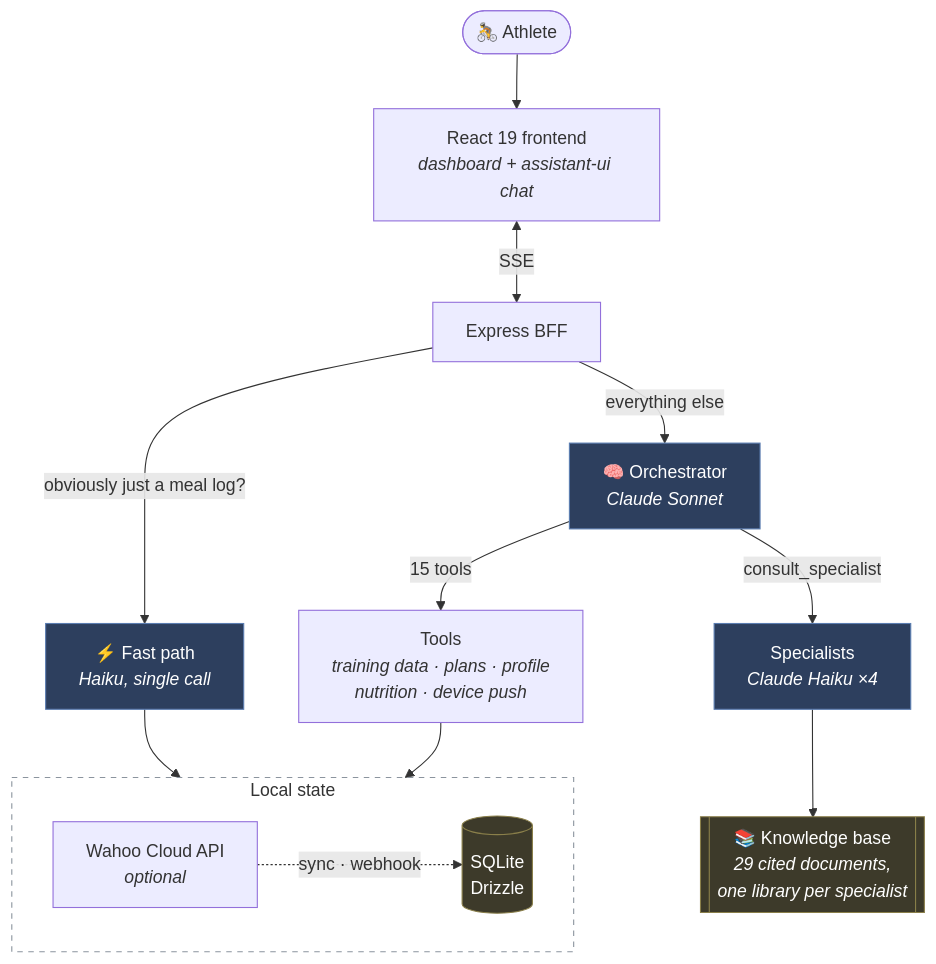
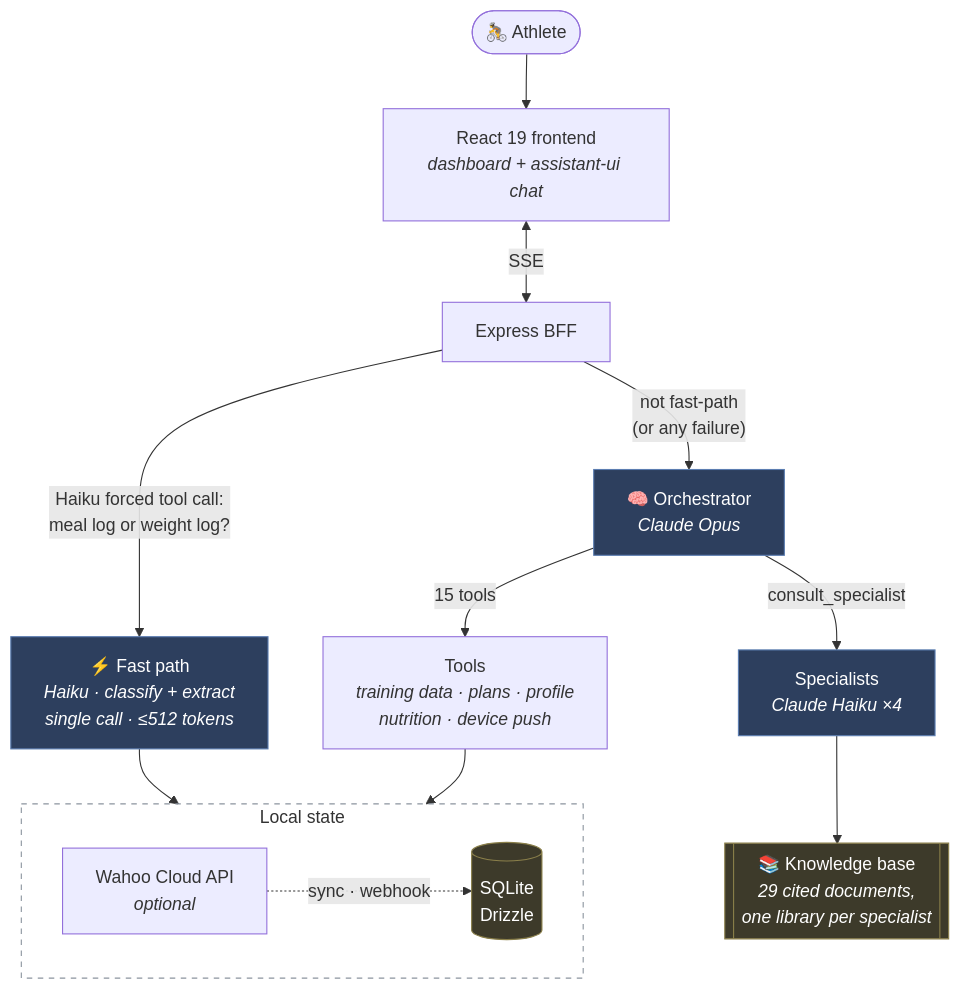
One commit to almadaocta/rumble changed the first of 2 diagrams in README.md. Above: the diagram before and after it, drawn with Mermaid. The commit also changed other lines of this file, not shown here.

Commit message:
docs: update README to reflect weight fast-path

````diff
--- a/README.md
+++ b/README.md
@@ -38,28 +40,28 @@
 ```mermaid
 flowchart TD
     User(["🚴 Athlete"]) --> FE["React 19 frontend<br/><i>dashboard + assistant-ui chat</i>"]
     FE <-->|SSE| BFF["Express BFF"]
 
-    BFF -->|"obviously just a meal log?"| FastPath["⚡ Fast path<br/><i>Haiku, single call</i>"]
-    BFF -->|everything else| Orch["🧠 Orchestrator<br/><i>Claude Sonnet</i>"]
+    BFF -->|"Haiku forced tool call:\nmeal log or weight log?"| FastPath["⚡ Fast path<br/><i>Haiku · classify + extract<br/>single call · ≤512 tokens</i>"]
+    BFF -->|"not fast-path<br/>(or any failure)"| Orch["🧠 Orchestrator<br/><i>Claude Opus</i>"]
 
     Orch -->|15 tools| Tools["Tools<br/><i>training data · plans · profile<br/>nutrition · device push</i>"]
     Orch -->|consult_specialist| Spec["Specialists<br/><i>Claude Haiku ×4</i>"]
     Spec --> KB[["📚 Knowledge base<br/><i>29 cited documents,<br/>one library per specialist</i>"]]
 
     subgraph local ["Local state"]
         direction LR
         DB[("SQLite<br/>Drizzle")]
         Wahoo["Wahoo Cloud API<br/><i>optional</i>"]
     end
 
     FastPath --> DB
     Tools --> DB
     Wahoo -.->|sync · webhook| DB
 
     classDef model fill:#2d3f5e,stroke:#5b7db1,color:#fff
     classDef store fill:#3d3a2a,stroke:#8a7f4a,color:#fff
     class Orch,Spec,FastPath model
     class DB,KB store
     style local fill:none,stroke:#8b949e,stroke-dasharray:5 5
 ```
````
